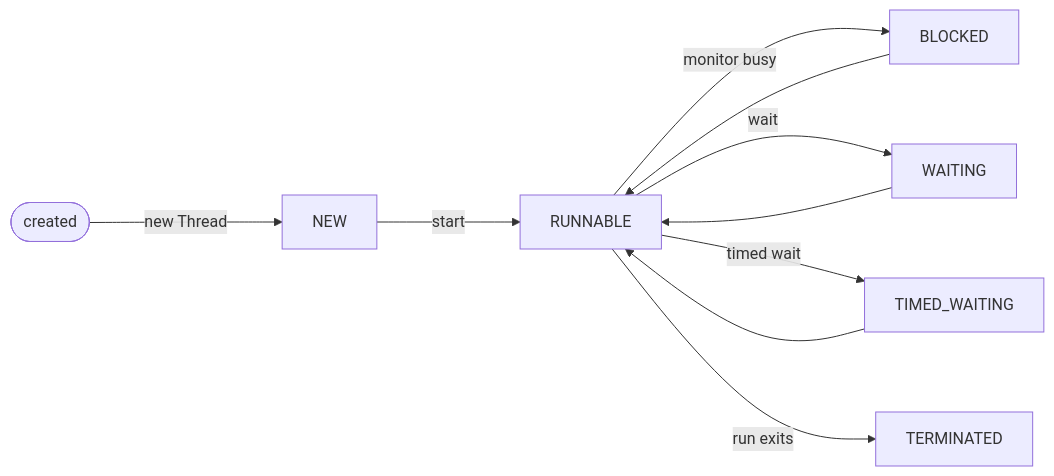
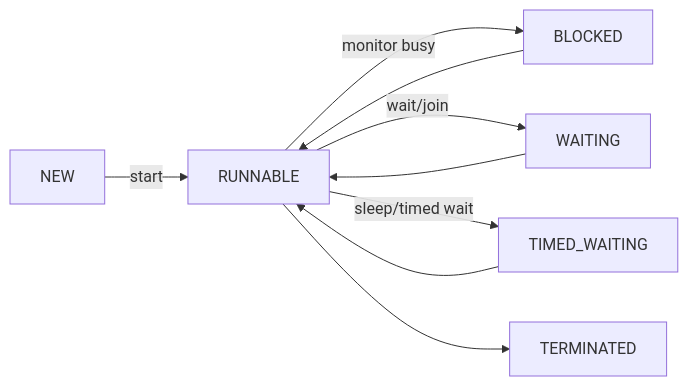
The diagram in src/main/java/org/example/backend_fundamentals/java/concurrency/thread_lifecycle/index.md (aristrader/SDE-2-Mastery), drawn with Mermaid before and after one commit. The commit also changed other lines of this file and 8 other files, not shown here.

````diff
--- a/src/main/java/org/example/backend_fundamentals/java/concurrency/thread_lifecycle/index.md
+++ b/src/main/java/org/example/backend_fundamentals/java/concurrency/thread_lifecycle/index.md
@@ -94,13 +57,11 @@
 ```mermaid
-%%{init: {"flowchart": {"nodeSpacing": 80, "rankSpacing": 110}}}%%
 flowchart LR
-    START([created]) -->|new Thread| NEW[NEW]
-    NEW -->|start| RUNNABLE[RUNNABLE]
-    RUNNABLE -->|monitor busy| BLOCKED[BLOCKED]
+    NEW -->|start| RUNNABLE
+    RUNNABLE -->|monitor busy| BLOCKED
     BLOCKED --> RUNNABLE
-    RUNNABLE -->|wait| WAITING[WAITING]
+    RUNNABLE -->|wait/join| WAITING
     WAITING --> RUNNABLE
-    RUNNABLE -->|timed wait| TIMED_WAITING[TIMED_WAITING]
+    RUNNABLE -->|sleep/timed wait| TIMED_WAITING
     TIMED_WAITING --> RUNNABLE
-    RUNNABLE -->|run exits| TERMINATED[TERMINATED]
+    RUNNABLE --> TERMINATED
 ```
````
